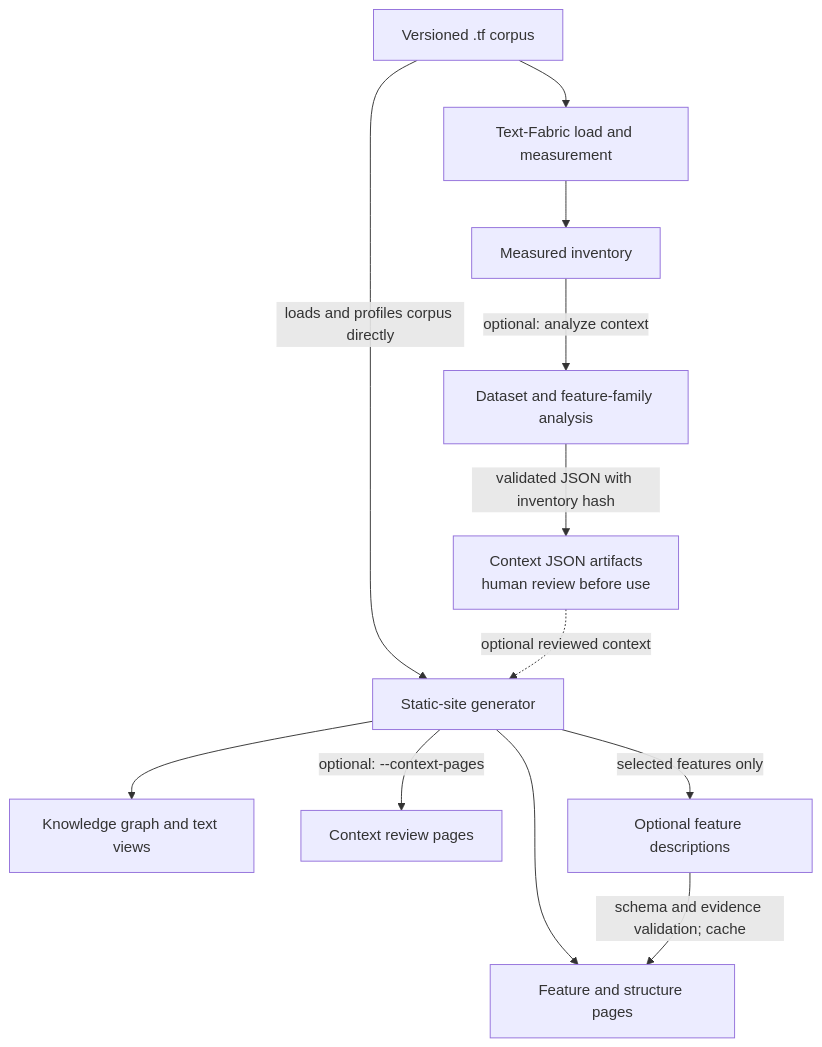
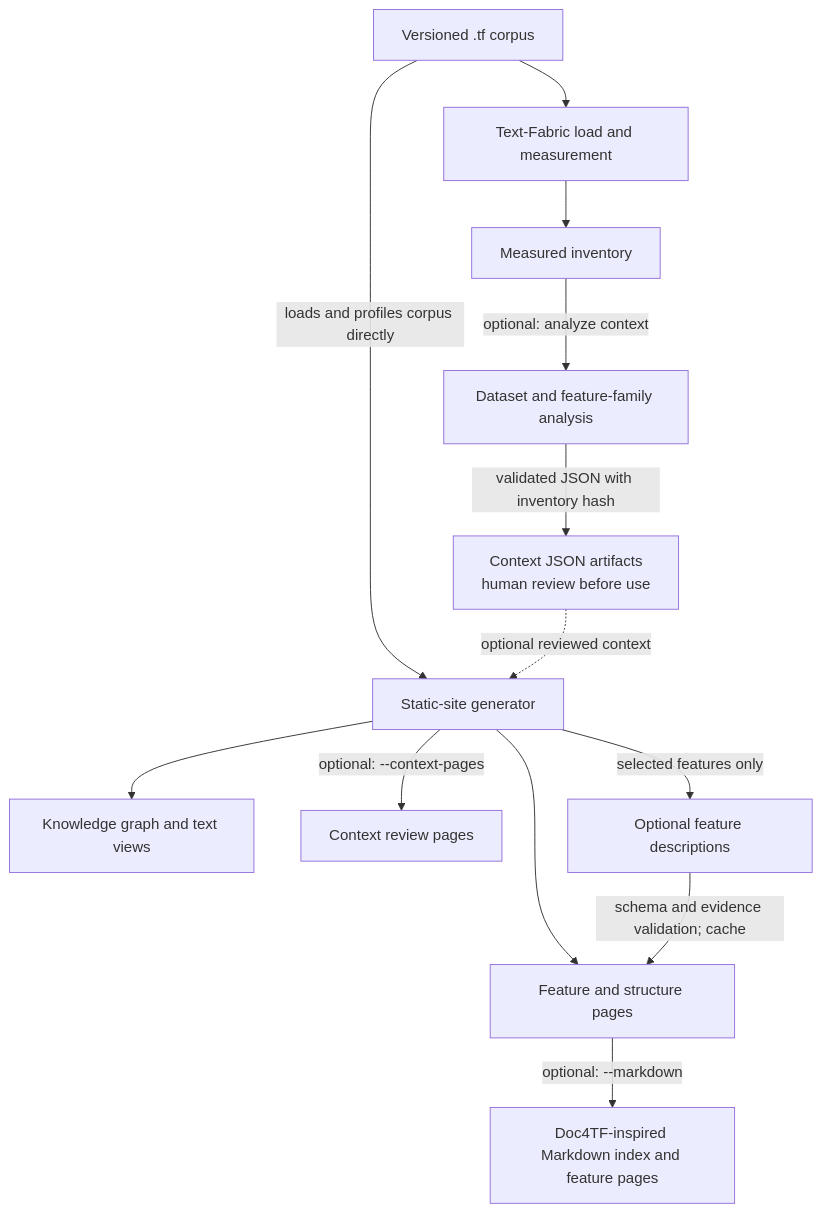
The diagram in docs/api/architecture.rst (tonyjurg/Doc4CF), drawn with Mermaid before and after one commit. The commit also changed other lines of this file and 6 other files, not shown here.

```diff
--- a/docs/api/architecture.rst
+++ b/docs/api/architecture.rst
@@ -9,17 +9,18 @@
 .. mermaid::
    :caption: Corpus data flow from Text-Fabric files to the generated reference site.
    :name: doc4cf-data-flow
    :zoom:
 
    flowchart TD
        TF["Versioned .tf corpus"] --> LOAD["Text-Fabric load and measurement"]
        LOAD --> INV["Measured inventory"]
        INV -->|"optional: analyze context"| CTXMODEL["Dataset and feature-family analysis"]
        CTXMODEL -->|"validated JSON with inventory hash"| CTX["Context JSON artifacts<br/>human review before use"]
        TF -->|"loads and profiles corpus directly"| BUILD["Static-site generator"]
        CTX -. "optional reviewed context" .-> BUILD
        BUILD --> PROFILE["Feature and structure pages"]
        BUILD --> GRAPH["Knowledge graph and text views"]
        BUILD -->|"optional: --context-pages"| REVIEW["Context review pages"]
+       PROFILE -->|"optional: --markdown"| MD["Doc4TF-inspired Markdown index and feature pages"]
        BUILD -->|"selected features only"| FEATMODEL["Optional feature descriptions"]
        FEATMODEL -->|"schema and evidence validation; cache"| PROFILE
```
